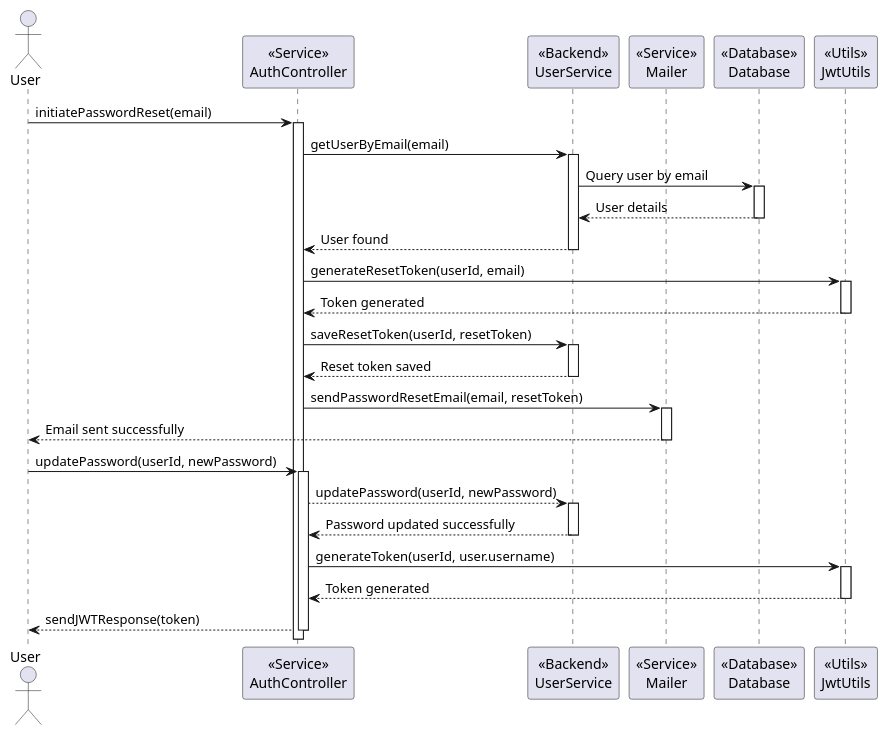
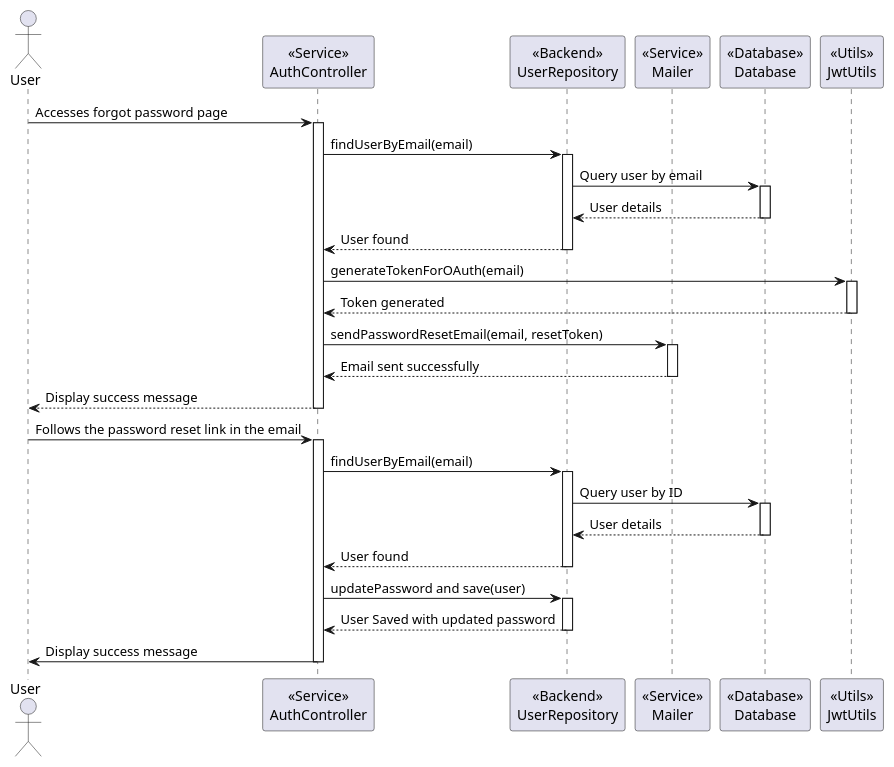
Before and after one commit to Iantomasi/ateliermecanique-ws: the diagram in diagrams/Authentication/PasswordReset/PasswordResetSystemLevel.puml, drawn with PlantUML. The commit also changed 8 other files, not shown here.

```diff
--- a/diagrams/Authentication/PasswordReset/PasswordResetSystemLevel.puml
+++ b/diagrams/Authentication/PasswordReset/PasswordResetSystemLevel.puml
@@ -1,62 +1,65 @@
 @startuml
 
 actor User
 
 participant AuthController as "<<Service>>\nAuthController"
-participant UserService as "<<Backend>>\nUserService"
+participant UserRepository as "<<Backend>>\nUserRepository"
 participant Mailer as "<<Service>>\nMailer"
 participant Database as "<<Database>>\nDatabase"
 participant JwtUtils as "<<Utils>>\nJwtUtils"
 
-User -> AuthController: initiatePasswordReset(email)
+User -> AuthController: Accesses forgot password page
 activate AuthController
 
-AuthController -> UserService: getUserByEmail(email)
-activate UserService
+AuthController -> UserRepository: findUserByEmail(email)
+activate UserRepository
 
-UserService -> Database: Query user by email
+UserRepository -> Database: Query user by email
 activate Database
 
-Database --> UserService: User details
+Database --> UserRepository: User details
 deactivate Database
 
-UserService --> AuthController: User found
-deactivate UserService
+UserRepository --> AuthController: User found
+deactivate UserRepository
 
-AuthController -> JwtUtils: generateResetToken(userId, email)
+AuthController -> JwtUtils: generateTokenForOAuth(email)
 activate JwtUtils
 
 JwtUtils --> AuthController: Token generated
 deactivate JwtUtils
 
-AuthController -> UserService: saveResetToken(userId, resetToken)
-activate UserService
-
-UserService --> AuthController: Reset token saved
-deactivate UserService
-
 AuthController -> Mailer: sendPasswordResetEmail(email, resetToken)
 activate Mailer
 
-Mailer --> User: Email sent successfully
+Mailer --> AuthController: Email sent successfully
 deactivate Mailer
 
-User -> AuthController: updatePassword(userId, newPassword)
+AuthController --> User: Display success message
+deactivate AuthController
+
+User -> AuthController: Follows the password reset link in the email
 activate AuthController
 
-AuthController --> UserService: updatePassword(userId, newPassword)
-activate UserService
+AuthController -> UserRepository: findUserByEmail(email)
+activate UserRepository
 
-UserService --> AuthController: Password updated successfully
-deactivate UserService
+UserRepository -> Database: Query user by ID
+activate Database
 
-AuthController -> JwtUtils: generateToken(userId, user.username)
-activate JwtUtils
+Database --> UserRepository: User details
+deactivate Database
 
-JwtUtils --> AuthController: Token generated
-deactivate JwtUtils
+UserRepository --> AuthController: User found
+deactivate UserRepository
 
-AuthController --> User: sendJWTResponse(token)
+AuthController -> UserRepository: updatePassword and save(user)
+activate UserRepository
+
+UserRepository --> AuthController: User Saved with updated password
+deactivate UserRepository
+
+AuthController -> User: Display success message
 deactivate AuthController
 
 @enduml
```
